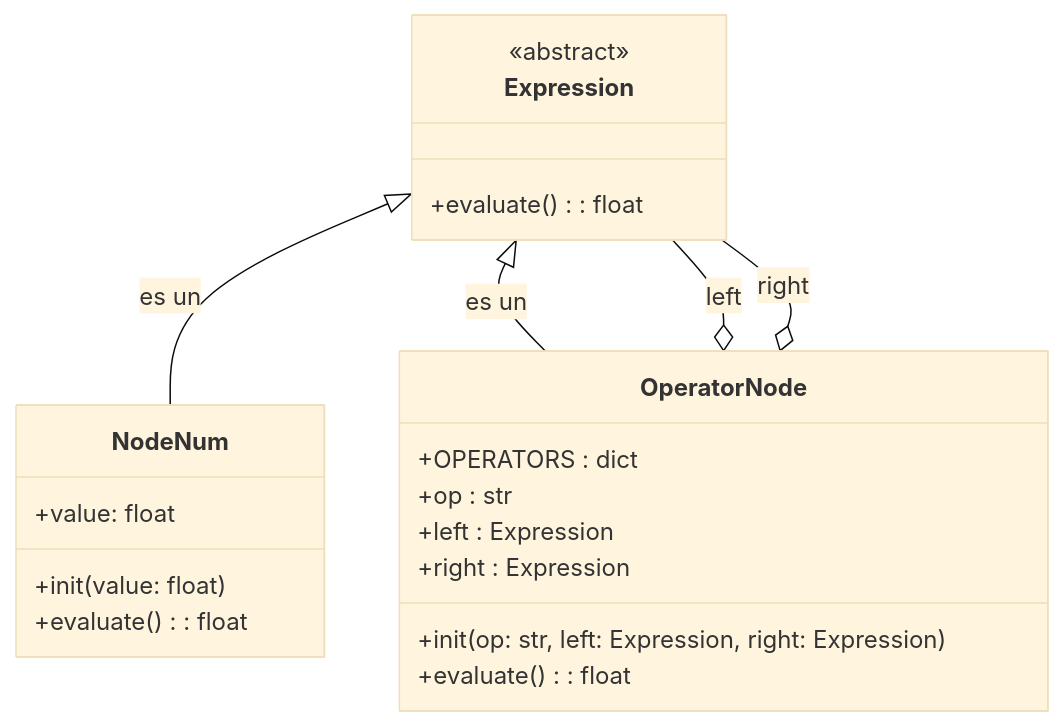
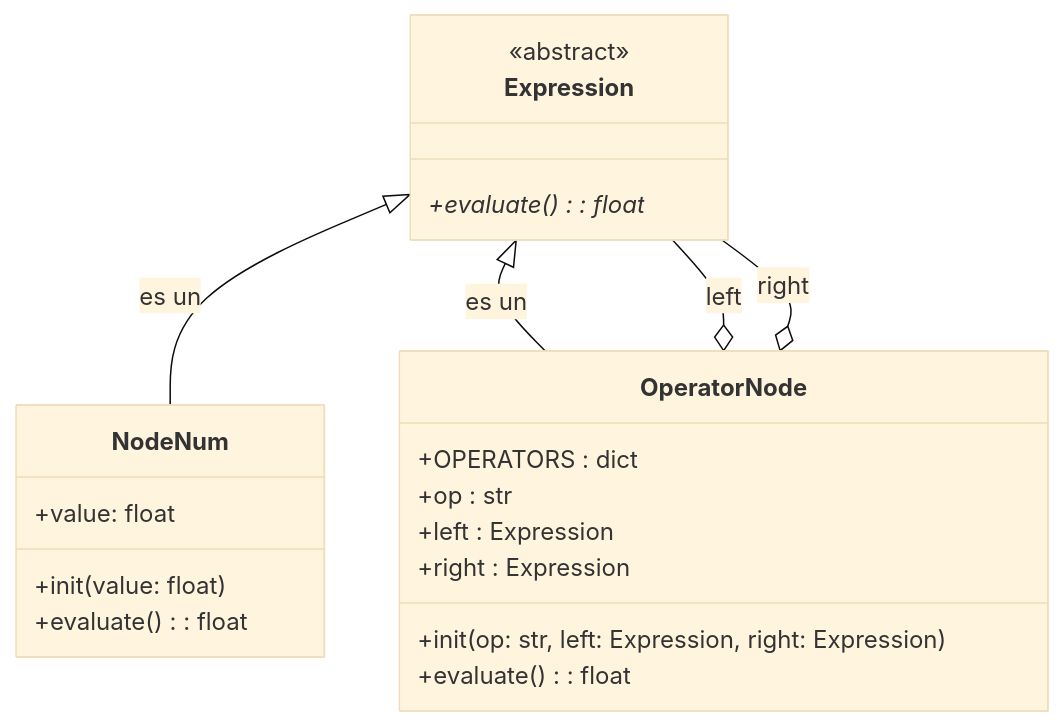
One commit to S4NCHOPANZ4/ModelosProg changed the second of 2 diagrams in README.md. Above: the diagram before and after it, drawn with Mermaid (base theme).

Commit message:
Update README.md with project details

````diff
--- a/README.md
+++ b/README.md
@@ -85,31 +85,31 @@
 ```mermaid
 classDiagram
 
 class Expression {
   <<abstract>>
-  +evaluate(): float
+  +evaluate(): float*
 }
 
 class NodeNum{
     +value: float
     +init(value: float)
     +evaluate(): float
 }
 
 class OperatorNode{
     +OPERATORS : dict
     +op : str
     +left : Expression
     +right : Expression
     +init(op: str, left: Expression, right: Expression)
     +evaluate() : float
 }
 
 %%Relaciones
 Expression <|-- NodeNum : es un
 Expression <|-- OperatorNode : es un
 
 Expression --o OperatorNode : left
 Expression --o OperatorNode : right
 
 ```
````
